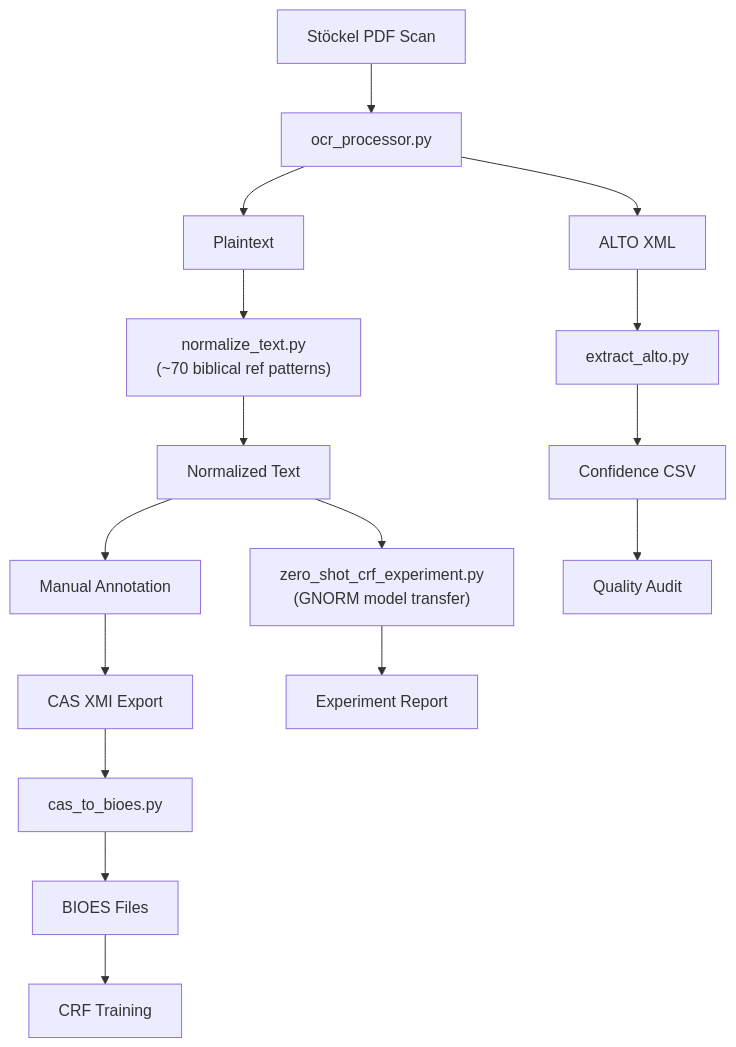
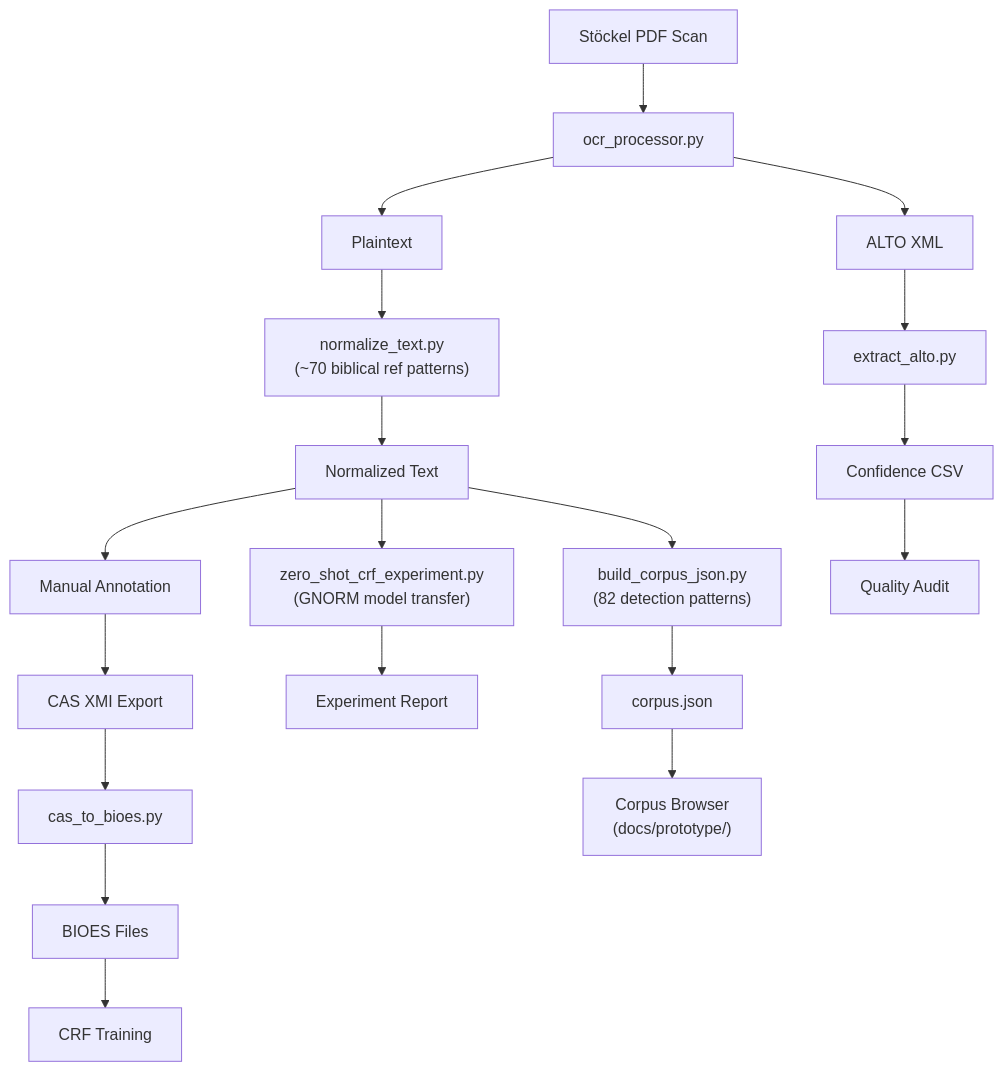
Before and after one commit to michalvalco/ITSERR-RESILIENCE-Project: the diagram in docs/pipeline/stockel-pilot.md, drawn with Mermaid. The commit also changed 5 other files, not shown here.

````diff
--- a/docs/pipeline/stockel-pilot.md
+++ b/docs/pipeline/stockel-pilot.md
@@ -73,18 +73,21 @@
 ```mermaid
 graph TB
     PDF[Stöckel PDF Scan] --> OCR[ocr_processor.py]
     OCR --> TXT[Plaintext]
     OCR --> ALTO[ALTO XML]
     ALTO --> Parser[extract_alto.py]
     Parser --> Confidence[Confidence CSV]
     TXT --> Norm["normalize_text.py<br>(~70 biblical ref patterns)"]
     Norm --> Clean[Normalized Text]
     Clean --> INCEpTION[Manual Annotation]
     INCEpTION --> CASExport[CAS XMI Export]
     CASExport --> Converter[cas_to_bioes.py]
     Converter --> BIOES[BIOES Files]
     BIOES --> CRF[CRF Training]
     Clean --> ZeroShot["zero_shot_crf_experiment.py<br>(GNORM model transfer)"]
     ZeroShot --> Report[Experiment Report]
+    Clean --> Builder["build_corpus_json.py<br>(82 detection patterns)"]
+    Builder --> CorpusJSON["corpus.json"]
+    CorpusJSON --> Browser["Corpus Browser<br>(docs/prototype/)"]
     Confidence --> QA[Quality Audit]
 ```
````
